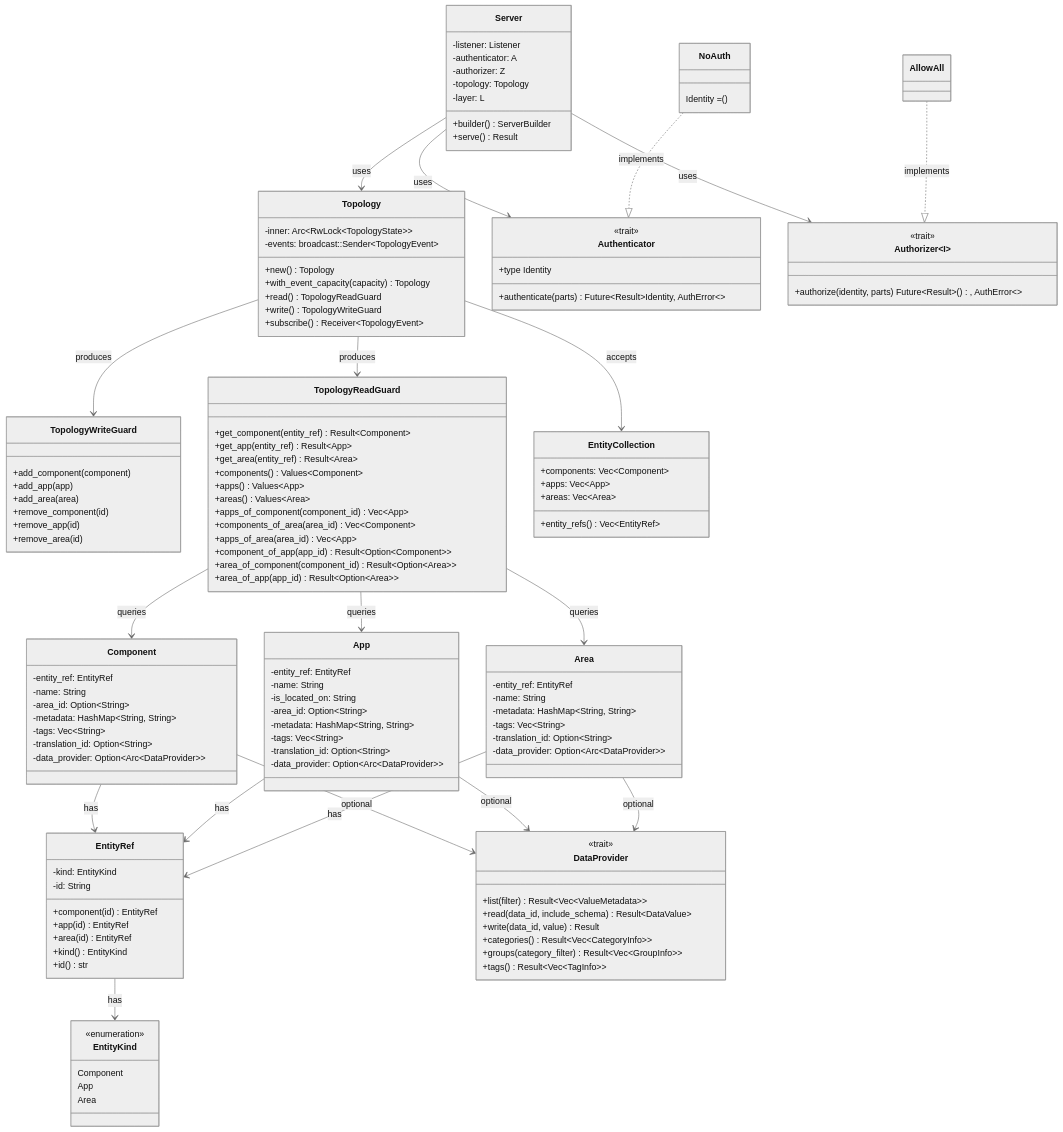
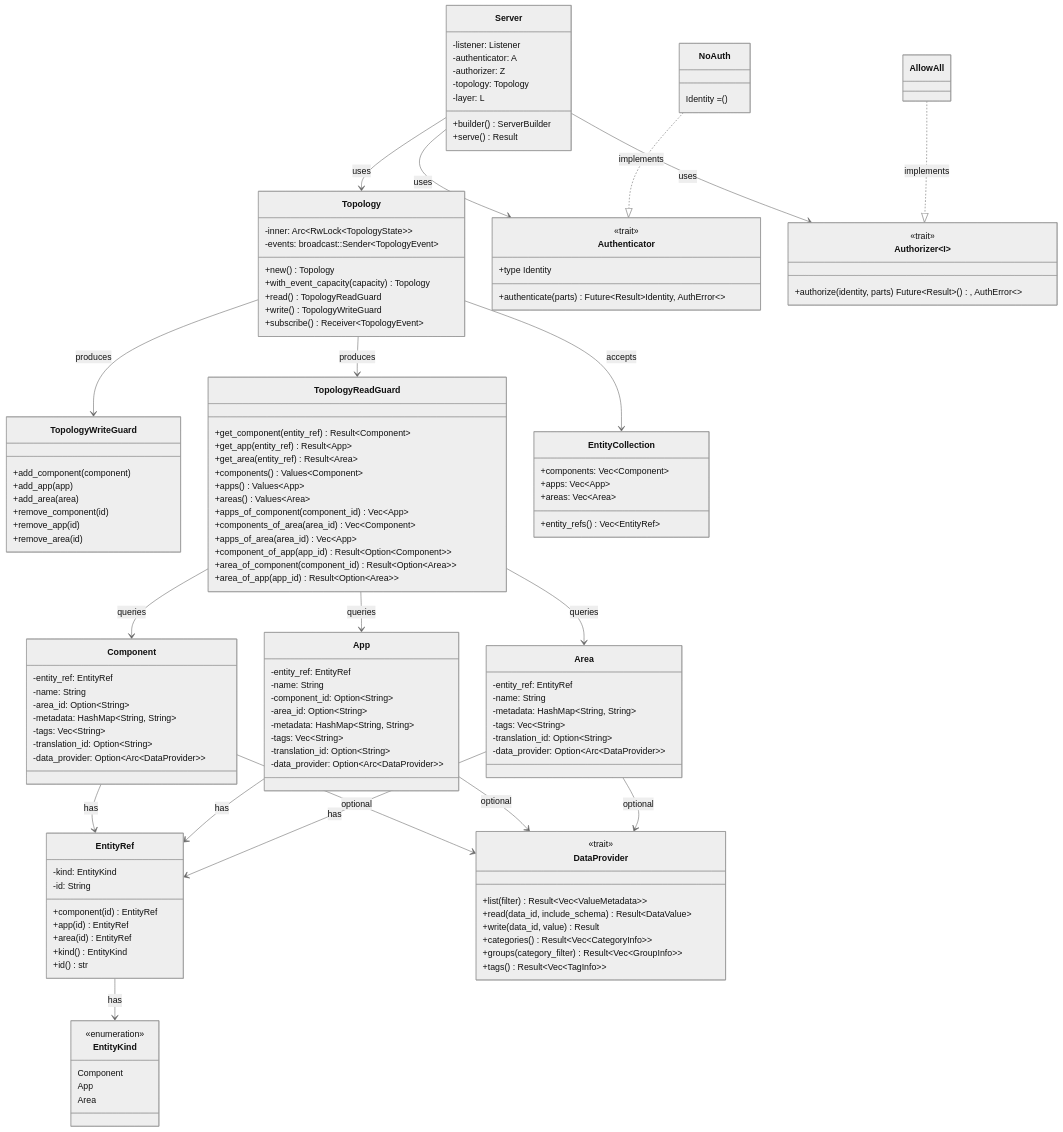
One commit to eclipse-opensovd/opensovd-core changed the first of 2 diagrams in docs/architecture.md. Above: the diagram before and after it, drawn with Mermaid (neutral theme). The commit also changed other lines of this file and 1 other file, not shown here.

Commit message:
refactor(core): rename the app is_located_on field to component_id
The private field kept the SOVD relationship name while its accessor and
builder use component_id, the same way Component names the belongs-to
target area_id. The spec term now lives on the public builder and
accessor docs, where rustdoc renders it, and the architecture diagram is
updated to match.

```diff
--- a/docs/architecture.md
+++ b/docs/architecture.md
@@ -80,7 +80,7 @@
     class App {
         -entity_ref: EntityRef
         -name: String
-        -is_located_on: String
+        -component_id: Option~String~
         -area_id: Option~String~
         -metadata: HashMap~String, String~
         -tags: Vec~String~
```
